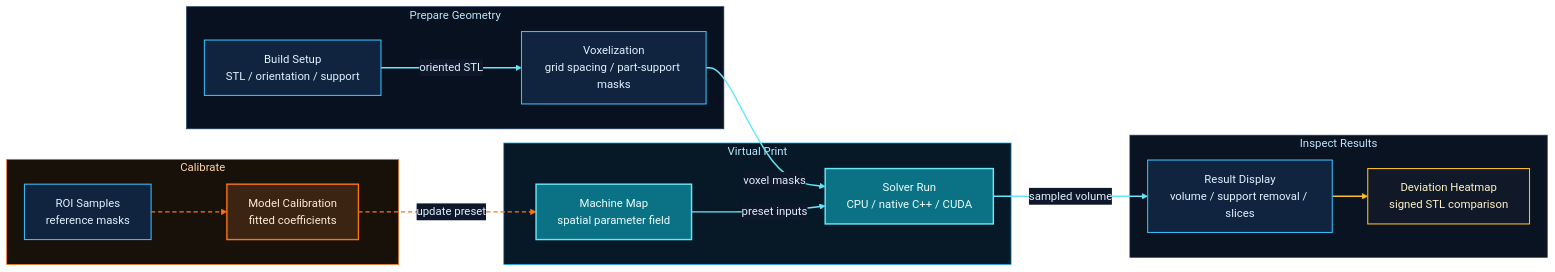
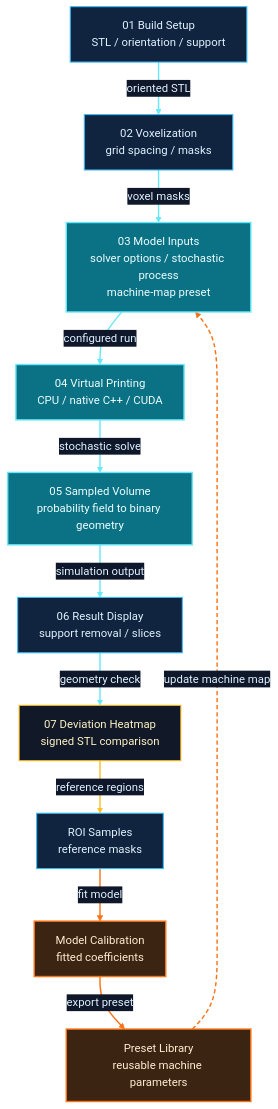
The diagram in README.md (Younghegalian/virtual-PBF), drawn with Mermaid before and after one commit.

Commit message:
Refine README Mermaid into vertical pipeline

````diff
--- a/README.md
+++ b/README.md
@@ -86,49 +86,39 @@
 ```mermaid
 %%{init: {"theme": "base", "themeVariables": {"background": "#0f172a", "primaryColor": "#10243f", "primaryTextColor": "#e0f2fe", "primaryBorderColor": "#38bdf8", "lineColor": "#67e8f9", "textColor": "#e0f2fe", "clusterBkg": "#0b1220", "clusterBorder": "#1e3a5f", "edgeLabelBackground": "#0f172a", "fontFamily": "Inter, ui-sans-serif, system-ui, sans-serif"}}}%%
-flowchart LR
-  subgraph prep["Prepare Geometry"]
-    A["Build Setup<br/>STL / orientation / support"]
-    B["Voxelization<br/>grid spacing / part-support masks"]
-  end
-
-  subgraph run["Virtual Print"]
-    C["Solver Run<br/>CPU / native C++ / CUDA"]
-    M["Machine Map<br/>spatial parameter field"]
-  end
-
-  subgraph inspect["Inspect Results"]
-    D["Result Display<br/>volume / support removal / slices"]
-    H["Deviation Heatmap<br/>signed STL comparison"]
-  end
-
-  subgraph tune["Calibrate"]
-    E["ROI Samples<br/>reference masks"]
-    F["Model Calibration<br/>fitted coefficients"]
-  end
+flowchart TB
+  A["01 Build Setup<br/>STL / orientation / support"]
+  B["02 Voxelization<br/>grid spacing / masks"]
+  M["03 Model Inputs<br/>solver options / stochastic process<br/>machine-map preset"]
+  C["04 Virtual Printing<br/>CPU / native C++ / CUDA"]
+  V["05 Sampled Volume<br/>probability field to binary geometry"]
+  D["06 Result Display<br/>support removal / slices"]
+  H["07 Deviation Heatmap<br/>signed STL comparison"]
+  E["ROI Samples<br/>reference masks"]
+  F["Model Calibration<br/>fitted coefficients"]
+  R["Preset Library<br/>reusable machine parameters"]
 
   A -->|"oriented STL"| B
-  B -->|"voxel masks"| C
-  M -->|"preset inputs"| C
-  C -->|"sampled volume"| D
-  D --> H
-  E --> F
-  F -->|"update preset"| M
+  B -->|"voxel masks"| M
+  M -->|"configured run"| C
+  C -->|"stochastic solve"| V
+  V -->|"simulation output"| D
+  D -->|"geometry check"| H
+  H -->|"reference regions"| E
+  E -->|"fit model"| F
+  F -->|"export preset"| R
+  R -.->|"update machine map"| M
 
   classDef stage fill:#10243f,stroke:#38bdf8,stroke-width:1.5px,color:#e0f2fe;
   classDef focus fill:#0b7285,stroke:#67e8f9,stroke-width:2px,color:#ecfeff;
   classDef accent fill:#3b2411,stroke:#f97316,stroke-width:2px,color:#ffedd5;
   classDef metric fill:#111827,stroke:#fbbf24,stroke-width:1.5px,color:#fef3c7;
   class A,B,D,E stage;
-  class C,M focus;
-  class F accent;
+  class M,C,V focus;
+  class F,R accent;
   class H metric;
 
-  style prep fill:#07111f,stroke:#1e3a5f,stroke-width:1px,color:#bae6fd;
-  style run fill:#071827,stroke:#0ea5e9,stroke-width:1px,color:#bae6fd;
-  style inspect fill:#0a1322,stroke:#1e3a5f,stroke-width:1px,color:#bae6fd;
-  style tune fill:#17110a,stroke:#f97316,stroke-width:1px,color:#fed7aa;
-
-  linkStyle 0,1,2,3 stroke:#67e8f9,stroke-width:2px;
-  linkStyle 4 stroke:#fbbf24,stroke-width:2px;
-  linkStyle 5,6 stroke:#f97316,stroke-width:2px,stroke-dasharray: 6 4;
+  linkStyle 0,1,2,3,4,5 stroke:#67e8f9,stroke-width:2px;
+  linkStyle 6 stroke:#fbbf24,stroke-width:2px;
+  linkStyle 7,8 stroke:#f97316,stroke-width:2px;
+  linkStyle 9 stroke:#f97316,stroke-width:2px,stroke-dasharray: 6 4;
 ```
````
